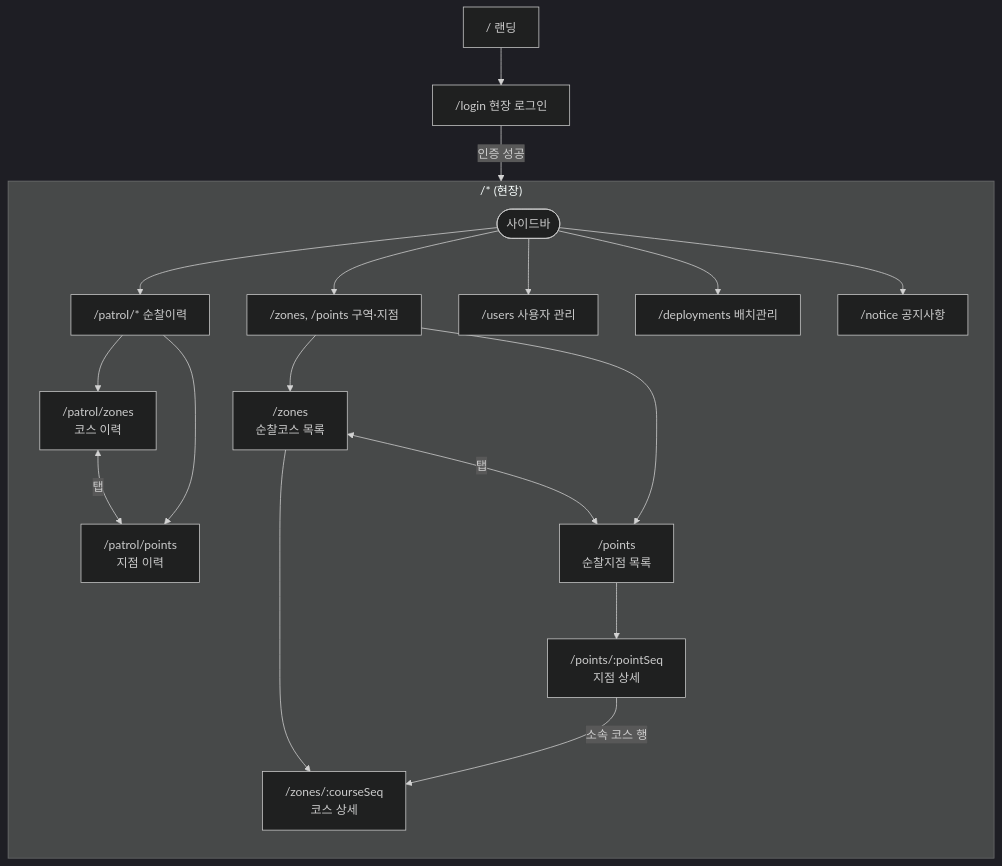
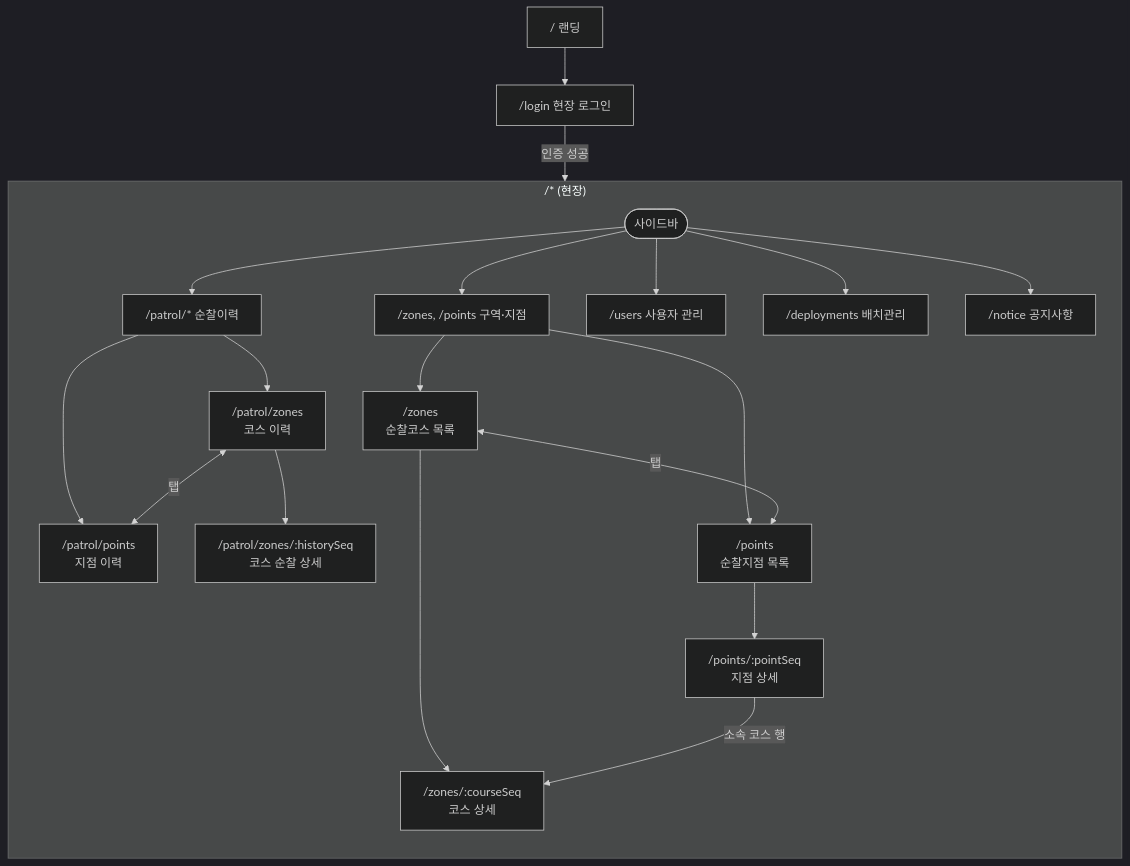
The second of 15 diagrams in docs/flow.md (S-Tec-System-R-D/s-patrol_fe), drawn with Mermaid before and after one commit. The commit also changed other lines of this file and 6 other files, not shown here.

````diff
--- a/docs/flow.md
+++ b/docs/flow.md
@@ -83,30 +83,31 @@
 ```mermaid
 %%{init: {'theme':'dark'}}%%
 flowchart TB
     Landing["/ 랜딩"]
     Login["/login 현장 로그인"]
     Landing --> Login
 
     subgraph Service["/* (현장)"]
         direction TB
         SBar([사이드바])
         SBar --> Patrol["/patrol/* 순찰이력"]
         SBar --> ZP["/zones, /points 구역·지점"]
         SBar --> Users["/users 사용자 관리"]
         SBar --> Deploy["/deployments 배치관리"]
         SBar --> Notice["/notice 공지사항"]
 
         Patrol --> PZ["/patrol/zones<br/>코스 이력"]
         Patrol --> PP["/patrol/points<br/>지점 이력"]
         PZ <-->|탭| PP
+        PZ --> PZD["/patrol/zones/:historySeq<br/>코스 순찰 상세"]
 
         ZP --> Z["/zones<br/>순찰코스 목록"]
         ZP --> P["/points<br/>순찰지점 목록"]
         Z --> ZD["/zones/:courseSeq<br/>코스 상세"]
         P --> PD["/points/:pointSeq<br/>지점 상세"]
         PD -- "소속 코스 행" --> ZD
         Z <-->|탭| P
     end
 
     Login -- 인증 성공 --> SBar
 ```
````
